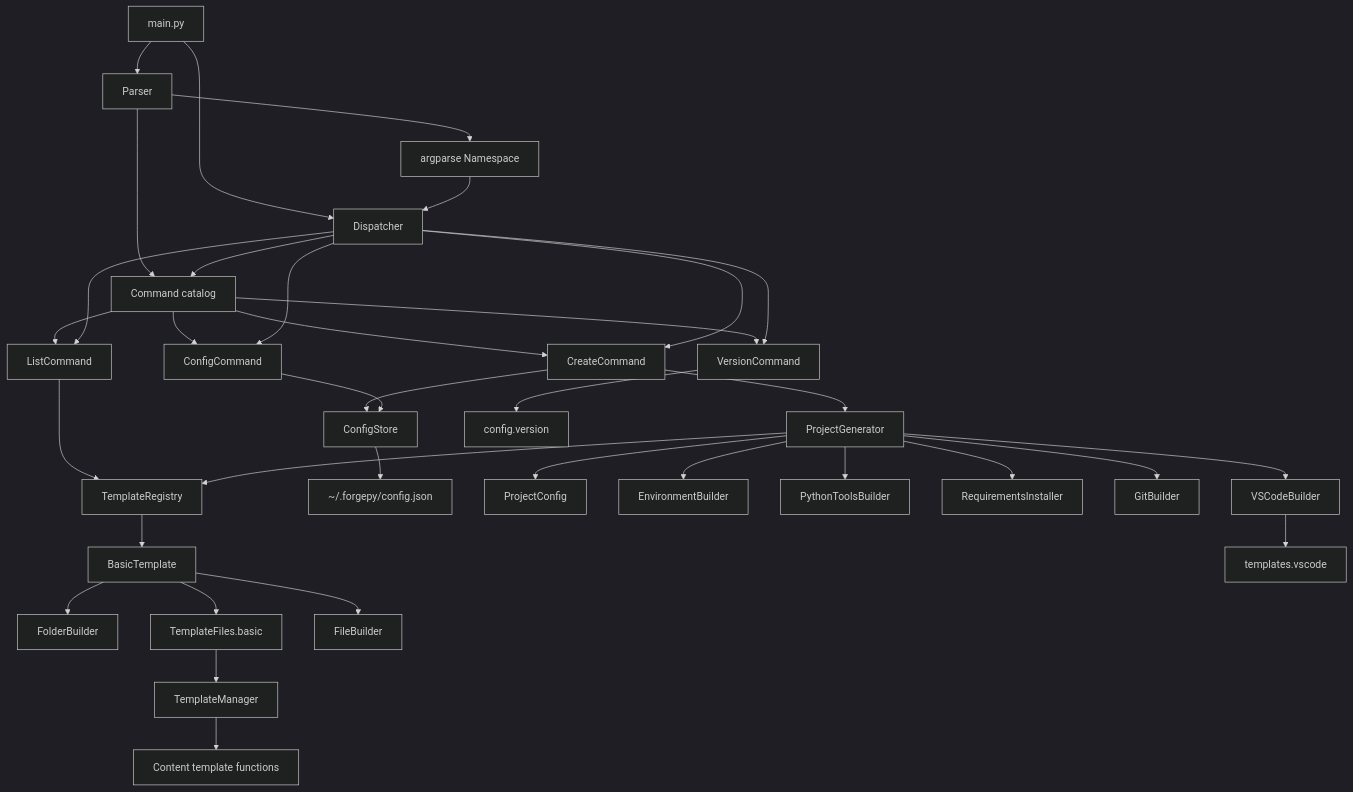
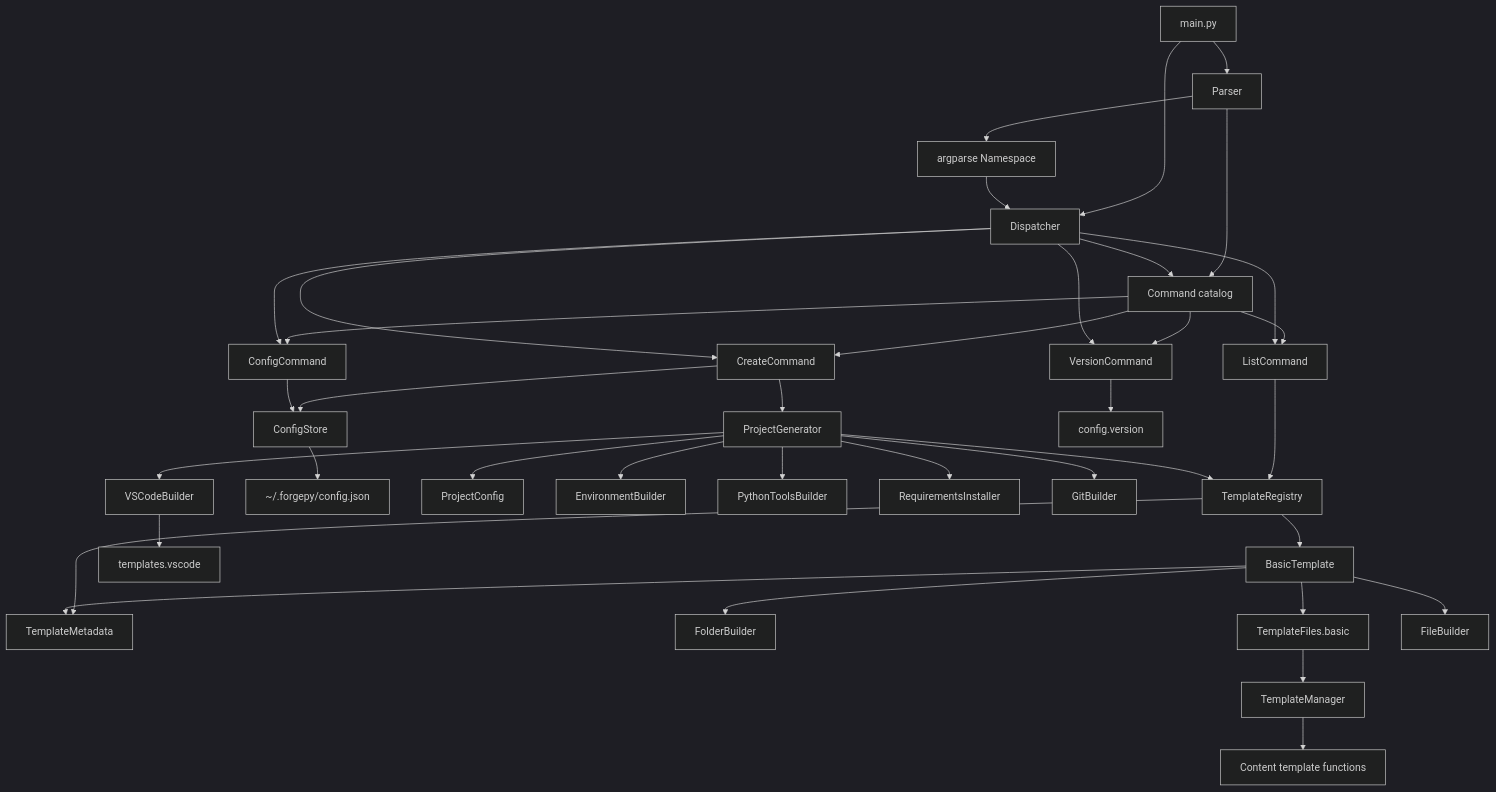
Before and after one commit to rendyzou89/ForgePy: the second of 4 diagrams in ARCHITECTURE.md, drawn with Mermaid (dark theme). The commit also changed other lines of this file and 11 other files, not shown here.

Commit message:
feat(template): introduce template metadata foundation

````diff
--- a/ARCHITECTURE.md
+++ b/ARCHITECTURE.md
@@ -99,42 +103,44 @@
 ```mermaid
 flowchart TD
     Main[main.py] --> Parser[Parser]
     Main --> Dispatcher[Dispatcher]
     Parser --> Namespace[argparse Namespace]
     Namespace --> Dispatcher
 
     Parser --> Catalog[Command catalog]
     Dispatcher --> Catalog
     Catalog --> Create[CreateCommand]
     Catalog --> List[ListCommand]
     Catalog --> Version[VersionCommand]
     Catalog --> Config[ConfigCommand]
 
     Dispatcher --> Create
     Dispatcher --> List
     Dispatcher --> Version
     Dispatcher --> Config
 
     Create --> UserConfig
     Create --> Generator[ProjectGenerator]
     List --> Registry[TemplateRegistry]
+    Registry --> TemplateMetadata[TemplateMetadata]
     Version --> VersionConfig[config.version]
     Config --> UserConfig[ConfigStore]
     UserConfig --> ConfigFile[~/.forgepy/config.json]
 
     Generator --> ProjectConfig[ProjectConfig]
     Generator --> Registry
     Registry --> Basic[BasicTemplate]
+    Basic --> TemplateMetadata
     Basic --> FolderBuilder[FolderBuilder]
     Basic --> TemplateFiles[TemplateFiles.basic]
     TemplateFiles --> TemplateManager[TemplateManager]
     TemplateManager --> Content[Content template functions]
     Basic --> FileBuilder[FileBuilder]
 
     Generator --> Environment[EnvironmentBuilder]
     Generator --> PythonTools[PythonToolsBuilder]
     Generator --> Requirements[RequirementsInstaller]
     Generator --> Git[GitBuilder]
     Generator --> VSCode[VSCodeBuilder]
     VSCode --> VSCodeTemplates[templates.vscode]
 ```
````
